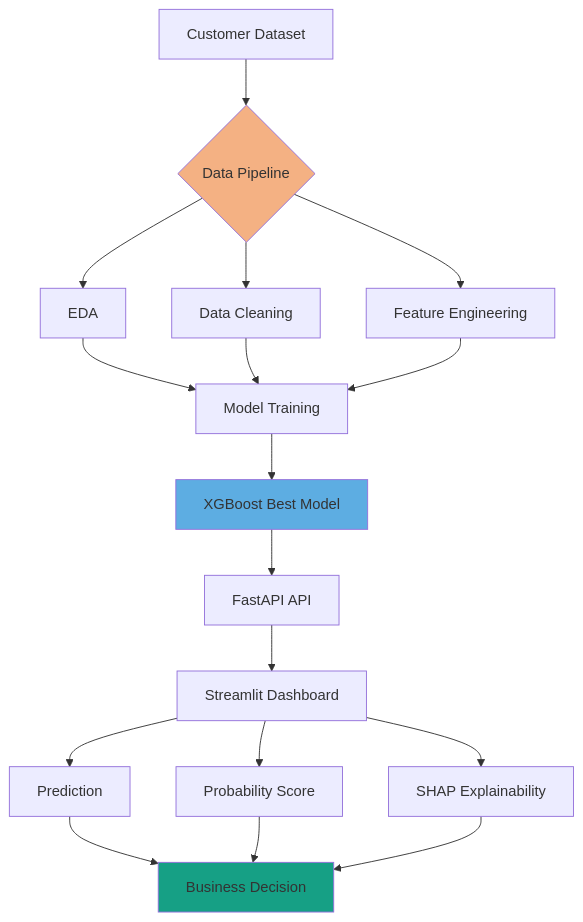
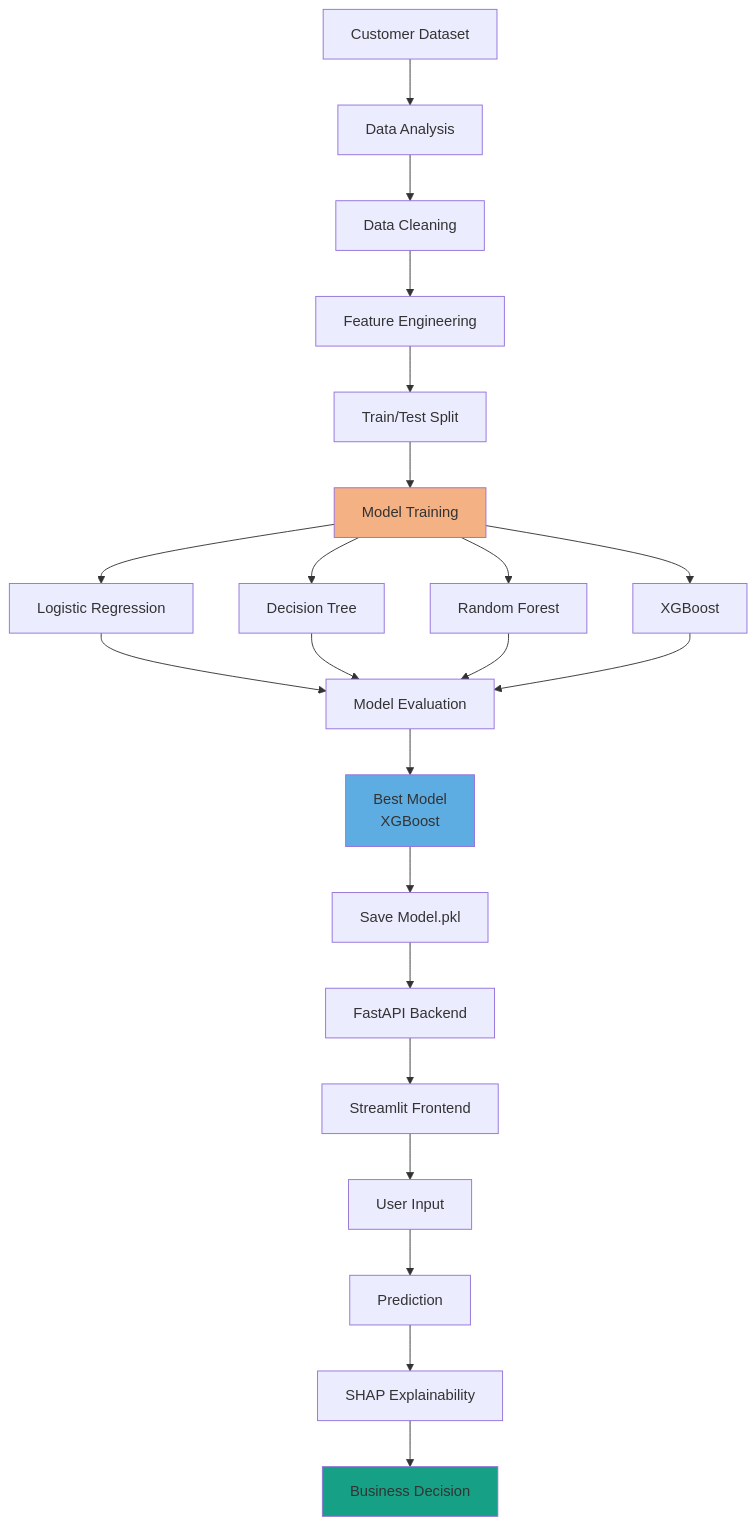
Before and after one commit to BatthulaVinay/End-to-End-Machine-Learning-Churn-Prediction: the diagram in README.md, drawn with Mermaid. The commit also changed other lines of this file, not shown here.

````diff
--- a/README.md
+++ b/README.md
@@ -59,31 +61,42 @@
 ```mermaid
 graph TD
+
     A[Customer Dataset]
-        --> B{Data Pipeline}
 
-    B --> C[EDA]
-    B --> D[Data Cleaning]
-    B --> E[Feature Engineering]
+    A --> B[Data Analysis]
+    B --> C[Data Cleaning]
+    C --> D[Feature Engineering]
+    D --> E[Train/Test Split]
 
-    C --> F[Model Training]
-    D --> F
-    E --> F
+    E --> F[Model Training]
 
-    F --> G[XGBoost Best Model]
+    F --> G[Logistic Regression]
+    F --> H[Decision Tree]
+    F --> I[Random Forest]
+    F --> J[XGBoost]
 
-    G --> H[FastAPI API]
+    G --> K[Model Evaluation]
+    H --> K
+    I --> K
+    J --> K
 
-    H --> I[Streamlit Dashboard]
+    K --> L[Best Model<br/>XGBoost]
 
-    I --> J[Prediction]
-    I --> K[Probability Score]
-    I --> L[SHAP Explainability]
+    L --> M[Save Model.pkl]
 
-    J --> M[Business Decision]
-    K --> M
-    L --> M
+    M --> N[FastAPI Backend]
 
-    style B fill:#F4B183
-    style G fill:#5DADE2
-    style M fill:#16A085
+    N --> O[Streamlit Frontend]
+
+    O --> P[User Input]
+
+    P --> Q[Prediction]
+
+    Q --> R[SHAP Explainability]
+
+    R --> S[Business Decision]
+
+    style F fill:#F4B183
+    style L fill:#5DADE2
+    style S fill:#16A085
 ```
````
